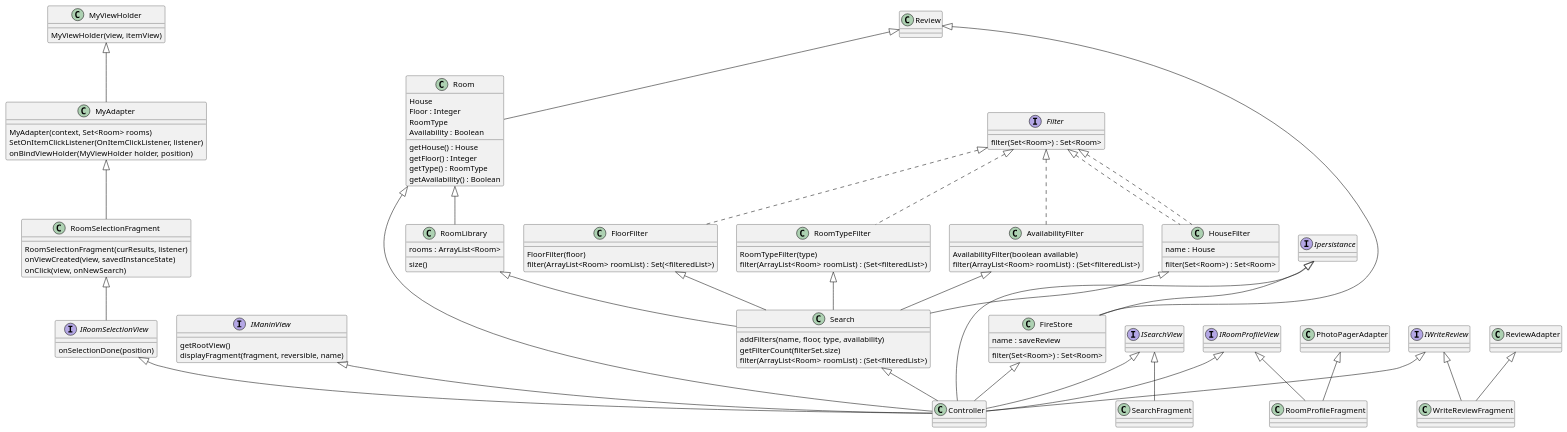
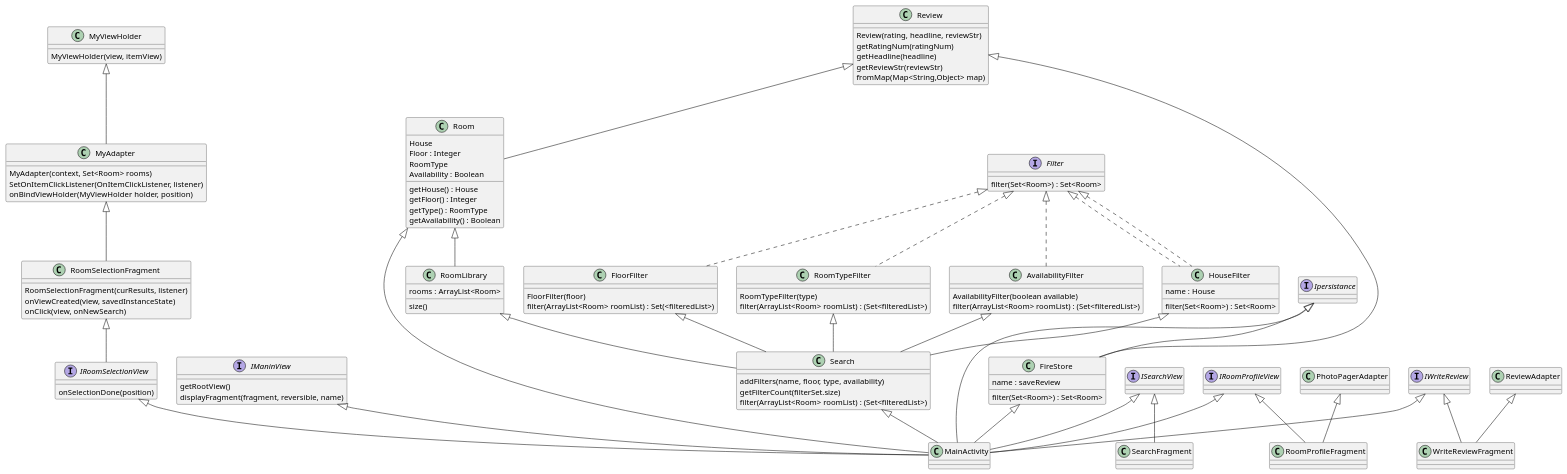
Before and after one commit to alexandraguillen12/Dorm-Review-App: the first of 3 diagrams in intellij/doc/design.md, drawn with PlantUML. The commit also changed other lines of this file, not shown here.

Commit message:
More updates in Sequence and Design.md

````diff
--- a/intellij/doc/design.md
+++ b/intellij/doc/design.md
@@ -21,6 +21,11 @@
 FireStore : name : saveReview
 FireStore : filter(Set<Room>) : Set<Room>
 Review <|-- FireStore
+Review : Review(rating, headline, reviewStr)
+Review : getRatingNum(ratingNum)
+Review : getHeadline(headline)
+Review : getReviewStr(reviewStr)
+Review : fromMap(Map<String,Object> map)
 Ipersistance <|-- FireStore
 
 
@@ -33,14 +38,14 @@
 Filter : filter(Set<Room>) : Set<Room>
 
 interface Ipersistance
-Ipersistance <|-- Controller
+Ipersistance <|-- MainActivity 
 
 interface ISearchView
-ISearchView <|-- Controller
+ISearchView <|-- MainActivity
 ISearchView <|-- SearchFragment 
 
 interface IRoomSelectionView
-IRoomSelectionView <|-- Controller
+IRoomSelectionView <|-- MainActivity
 IRoomSelectionView : onSelectionDone(position)
 RoomSelectionFragment <|-- IRoomSelectionView 
 RoomSelectionFragment : RoomSelectionFragment(curResults, listener)
@@ -55,17 +60,17 @@
 MyViewHolder : MyViewHolder(view, itemView)
 
 interface IRoomProfileView
-IRoomProfileView <|-- Controller
+IRoomProfileView <|-- MainActivity
 IRoomProfileView <|-- RoomProfileFragment
 PhotoPagerAdapter <|-- RoomProfileFragment
 
 interface IWriteReview 
-IWriteReview <|-- Controller
+IWriteReview <|-- MainActivity
 IWriteReview <|-- WriteReviewFragment
 ReviewAdapter <|-- WriteReviewFragment
 
 interface IManinView
-IManinView <|-- Controller
+IManinView <|-- MainActivity
 IManinView : getRootView()
 IManinView : displayFragment(fragment, reversible, name)
 
@@ -90,12 +95,12 @@
 HouseFilter <|-- Search
 
 RoomLibrary <|-- Search
-Search <|-- Controller
+Search <|-- MainActivity
 Search : addFilters(name, floor, type, availability)
 Search : getFilterCount(filterSet.size)
 Search : filter(ArrayList<Room> roomList) : (Set<filteredList>)
-Room <|-- Controller
-FireStore <|-- Controller
+Room <|-- MainActivity
+FireStore <|-- MainActivity
 
 @enduml
 ```
````
